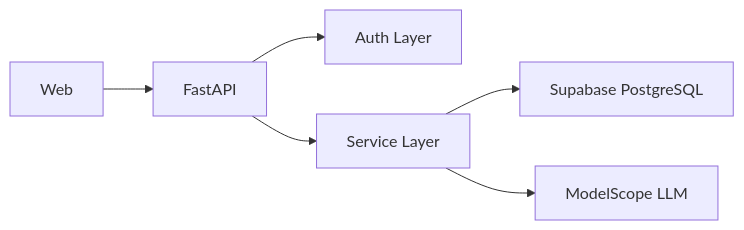
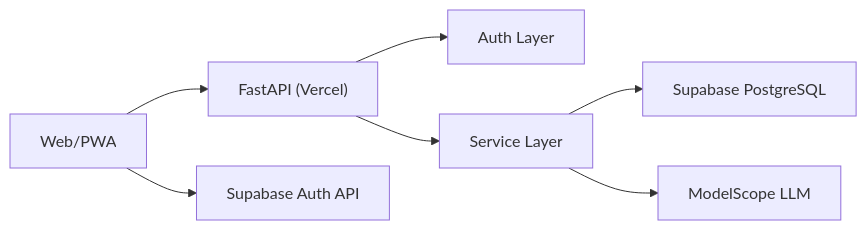
One commit to Leon-Algo/Nonviolent-Communicator changed the first of 3 diagrams in docs/TECHNICAL_SOLUTION.md. Above: the diagram before and after it, drawn with Mermaid. The commit also changed other lines of this file and 11 other files, not shown here.

````diff
--- a/docs/TECHNICAL_SOLUTION.md
+++ b/docs/TECHNICAL_SOLUTION.md
@@ -21,8 +24,9 @@
 ```mermaid
 flowchart LR
-  U["Web"] --> API["FastAPI"]
+  U["Web/PWA"] --> API["FastAPI (Vercel)"]
+  U --> SA["Supabase Auth API"]
   API --> AUTH["Auth Layer"]
   API --> SVC["Service Layer"]
   SVC --> DB["Supabase PostgreSQL"]
   SVC --> LLM["ModelScope LLM"]
 ```
````
